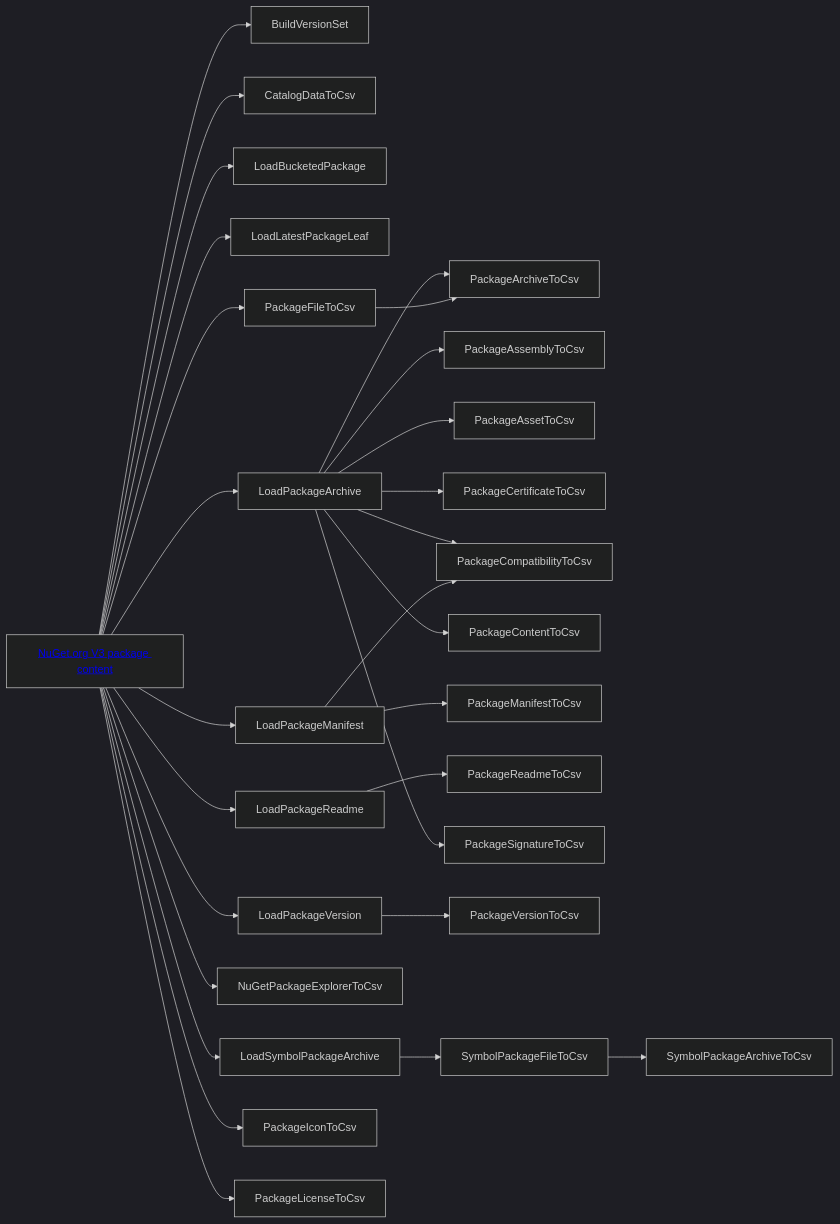
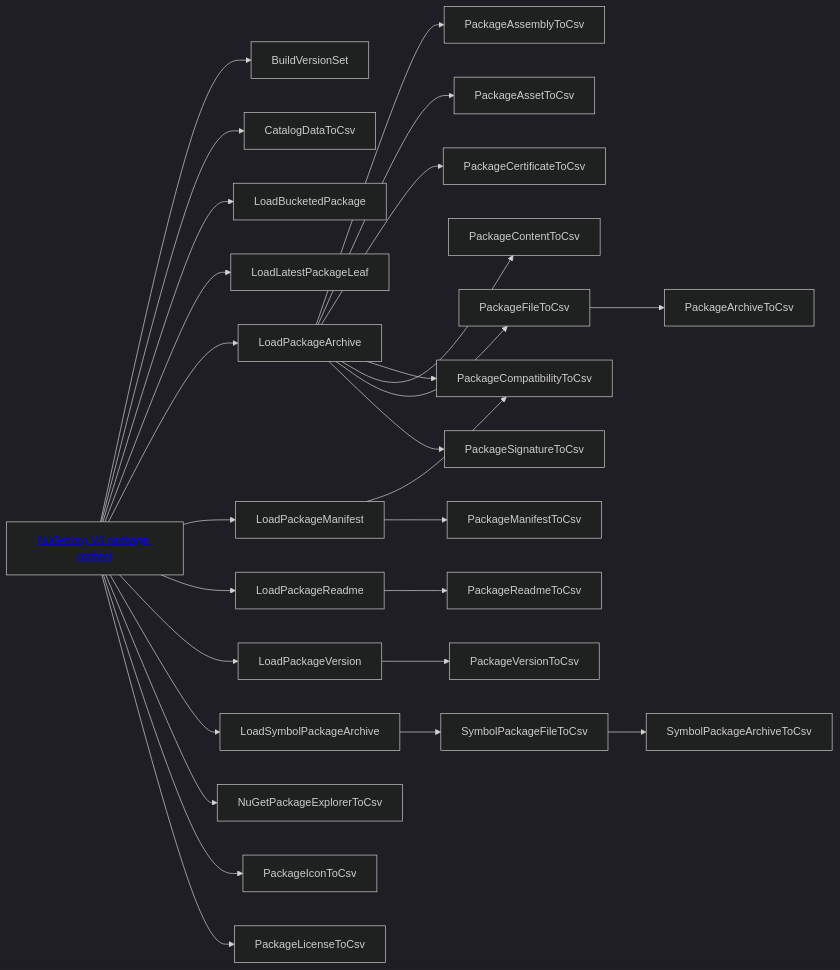
Before and after one commit to NuGet/Insights: the diagram in docs/drivers/README.md, drawn with Mermaid (dark theme). The commit also changed 36 other files, not shown here.

````diff
--- a/docs/drivers/README.md
+++ b/docs/drivers/README.md
@@ -63,31 +63,30 @@
 ```mermaid
 flowchart LR
     FlatContainer[<a href='https://learn.microsoft.com/en-us/nuget/api/package-base-address-resource'>NuGet.org V3 package content</a>]
     FlatContainer --> BuildVersionSet
     FlatContainer --> CatalogDataToCsv
     FlatContainer --> LoadBucketedPackage
     FlatContainer --> LoadLatestPackageLeaf
     FlatContainer --> LoadPackageArchive
     FlatContainer --> LoadPackageManifest
     FlatContainer --> LoadPackageReadme
     FlatContainer --> LoadPackageVersion
     FlatContainer --> LoadSymbolPackageArchive
     FlatContainer --> NuGetPackageExplorerToCsv
-    LoadPackageArchive --> PackageArchiveToCsv
     PackageFileToCsv --> PackageArchiveToCsv
     LoadPackageArchive --> PackageAssemblyToCsv
     LoadPackageArchive --> PackageAssetToCsv
     LoadPackageArchive --> PackageCertificateToCsv
     LoadPackageArchive --> PackageCompatibilityToCsv
     LoadPackageManifest --> PackageCompatibilityToCsv
     LoadPackageArchive --> PackageContentToCsv
-    FlatContainer --> PackageFileToCsv
+    LoadPackageArchive --> PackageFileToCsv
     FlatContainer --> PackageIconToCsv
     FlatContainer --> PackageLicenseToCsv
     LoadPackageManifest --> PackageManifestToCsv
     LoadPackageReadme --> PackageReadmeToCsv
     LoadPackageArchive --> PackageSignatureToCsv
     LoadPackageVersion --> PackageVersionToCsv
     SymbolPackageFileToCsv --> SymbolPackageArchiveToCsv
     LoadSymbolPackageArchive --> SymbolPackageFileToCsv
 ```
````
